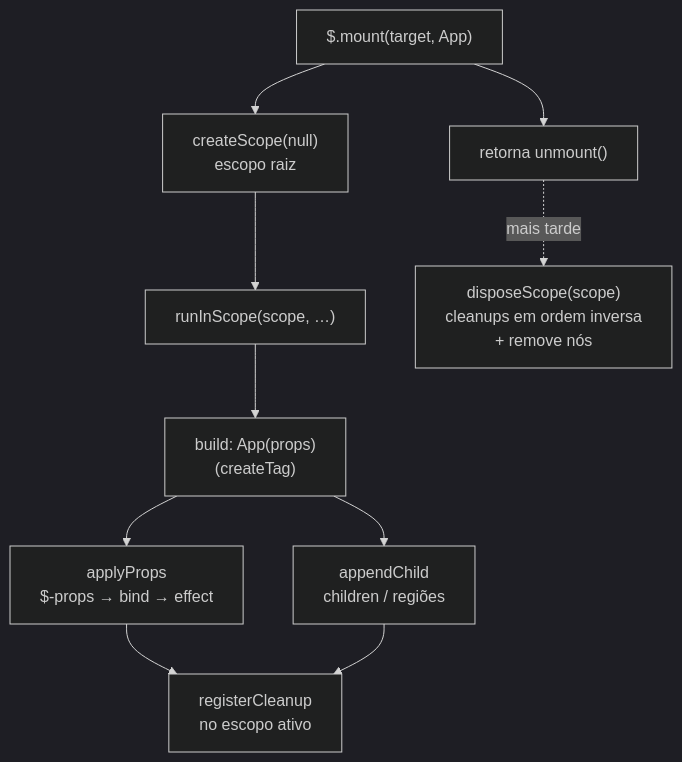
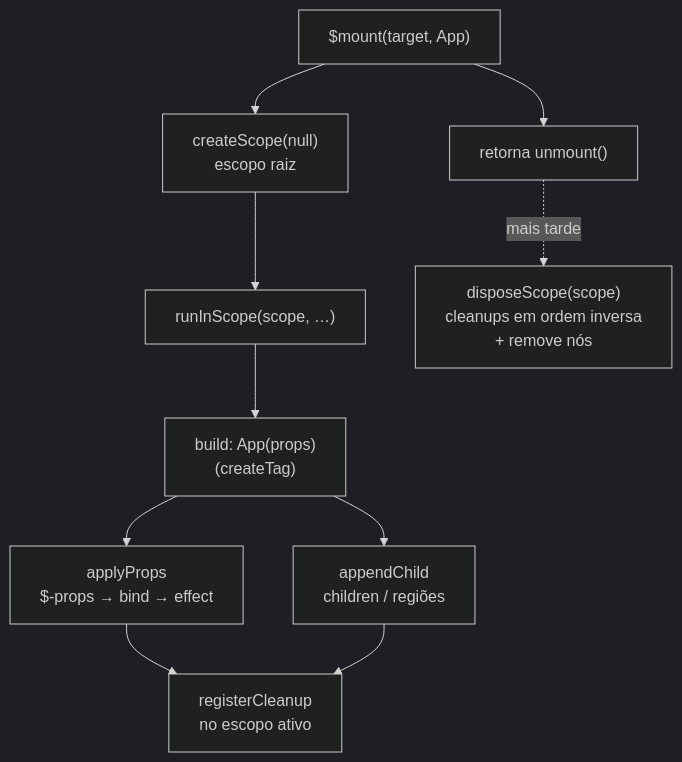
The diagram in docs/FLOW.md (Nadno/my-query), drawn with Mermaid (dark theme) before and after one commit. The commit also changed other lines of this file and 31 other files, not shown here.

````diff
--- a/docs/FLOW.md
+++ b/docs/FLOW.md
@@ -22,12 +22,12 @@
 ```mermaid
 flowchart TD
-  A["$.mount(target, App)"] --> B["createScope(null)\nescopo raiz"]
+  A["$mount(target, App)"] --> B["createScope(null)\nescopo raiz"]
   B --> C["runInScope(scope, …)"]
   C --> D["build: App(props)\n(createTag)"]
   D --> E["applyProps\n$-props → bind → effect"]
   D --> F["appendChild\nchildren / regiões"]
   E --> G["registerCleanup\nno escopo ativo"]
   F --> G
   A --> H["retorna unmount()"]
   H -. mais tarde .-> I["disposeScope(scope)\ncleanups em ordem inversa\n+ remove nós"]
 ```
````
